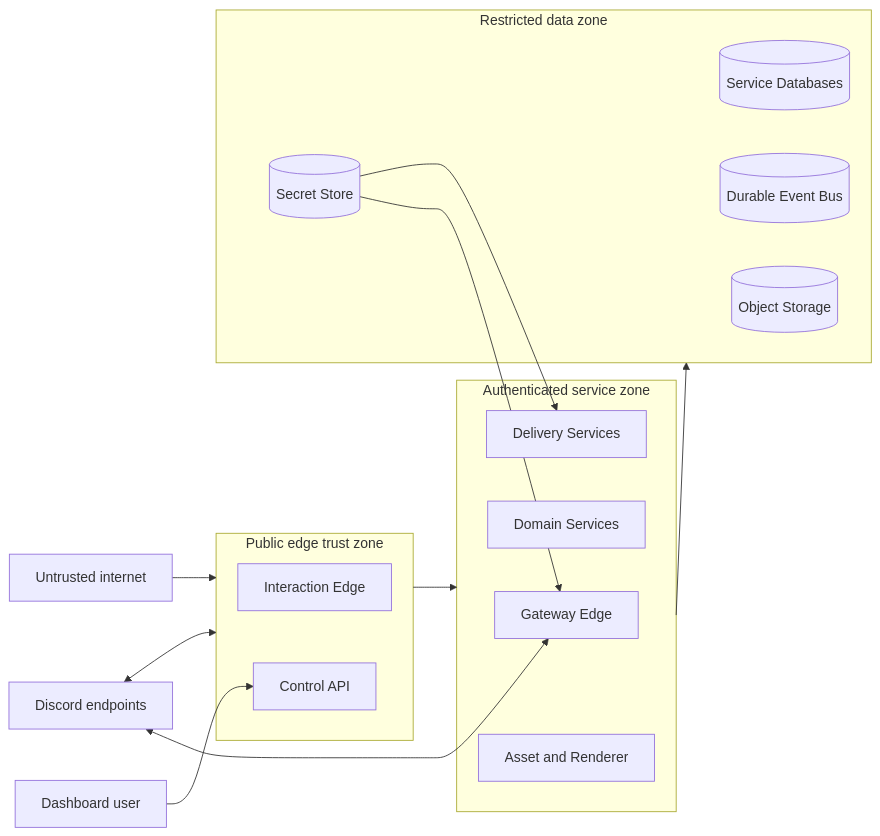
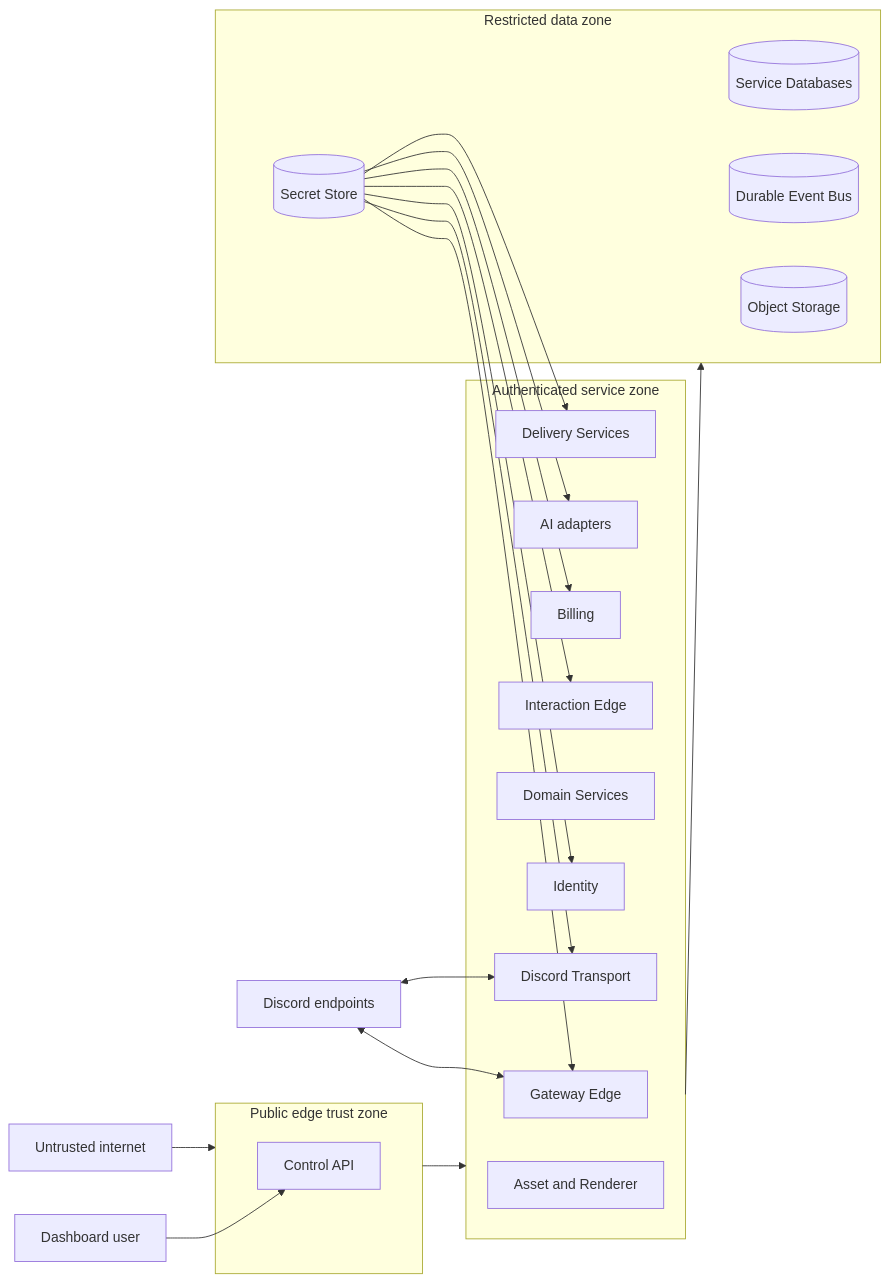
Before and after one commit to obsidia-systems/Discord-Bot-Open-Source: the first of 2 diagrams in docs/architecture/12-security-observability-deployment.md, drawn with Mermaid. The commit also changed other lines of this file and 27 other files, not shown here.

First line of the commit message:
feat(architecture): add comprehensive architecture review documentation

````diff
--- a/docs/architecture/12-security-observability-deployment.md
+++ b/docs/architecture/12-security-observability-deployment.md
@@ -9,34 +9,43 @@
 ```mermaid
 flowchart LR
     Internet[Untrusted internet]
     Discord[Discord endpoints]
     Admin[Dashboard user]
 
     subgraph PublicEdge[Public edge trust zone]
-        Interaction[Interaction Edge]
         API[Control API]
     end
 
     subgraph ServiceZone[Authenticated service zone]
         Gateway[Gateway Edge]
+        Interaction[Interaction Edge]
+        Transport[Discord Transport]
+        Identity[Identity]
         Domain[Domain Services]
         Delivery[Delivery Services]
+        Billing[Billing]
+        AI[AI adapters]
         Asset[Asset and Renderer]
     end
 
     subgraph DataZone[Restricted data zone]
         DB[(Service Databases)]
         Bus[(Durable Event Bus)]
         Objects[(Object Storage)]
         Secrets[(Secret Store)]
     end
 
     Internet --> PublicEdge
-    Discord <--> PublicEdge
     Discord <--> Gateway
+    Discord <--> Transport
     Admin --> API
     PublicEdge --> ServiceZone
     ServiceZone --> DataZone
     Secrets --> Gateway
+    Secrets --> Transport
+    Secrets --> Identity
+    Secrets --> Interaction
+    Secrets --> Billing
+    Secrets --> AI
     Secrets --> Delivery
 ```
````
